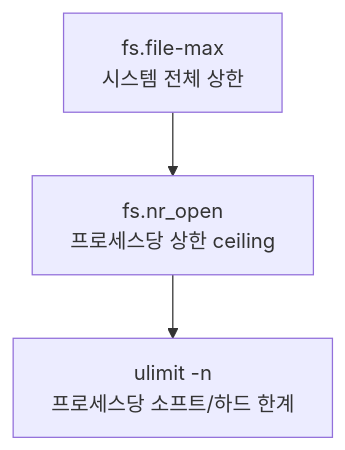
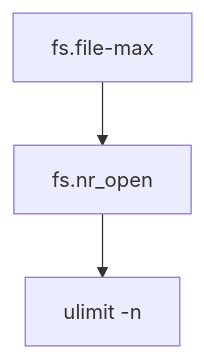
Before and after one commit to moonblueblue/devops-wiki: the second of 3 diagrams in content/linux/boot-init/kernel-parameters.md, drawn with Mermaid. The commit also changed other lines of this file and 2 other files, not shown here.

````diff
--- a/content/linux/boot-init/kernel-parameters.md
+++ b/content/linux/boot-init/kernel-parameters.md
@@ -160,8 +160,8 @@
 ```mermaid
 graph TD
-    A[fs.file-max\n시스템 전체 상한]
-    B[fs.nr_open\n프로세스당 상한 ceiling]
-    C["ulimit -n\n프로세스당 소프트/하드 한계"]
+    A[fs.file-max]
+    B[fs.nr_open]
+    C["ulimit -n"]
 
     A --> B --> C
 ```
````
